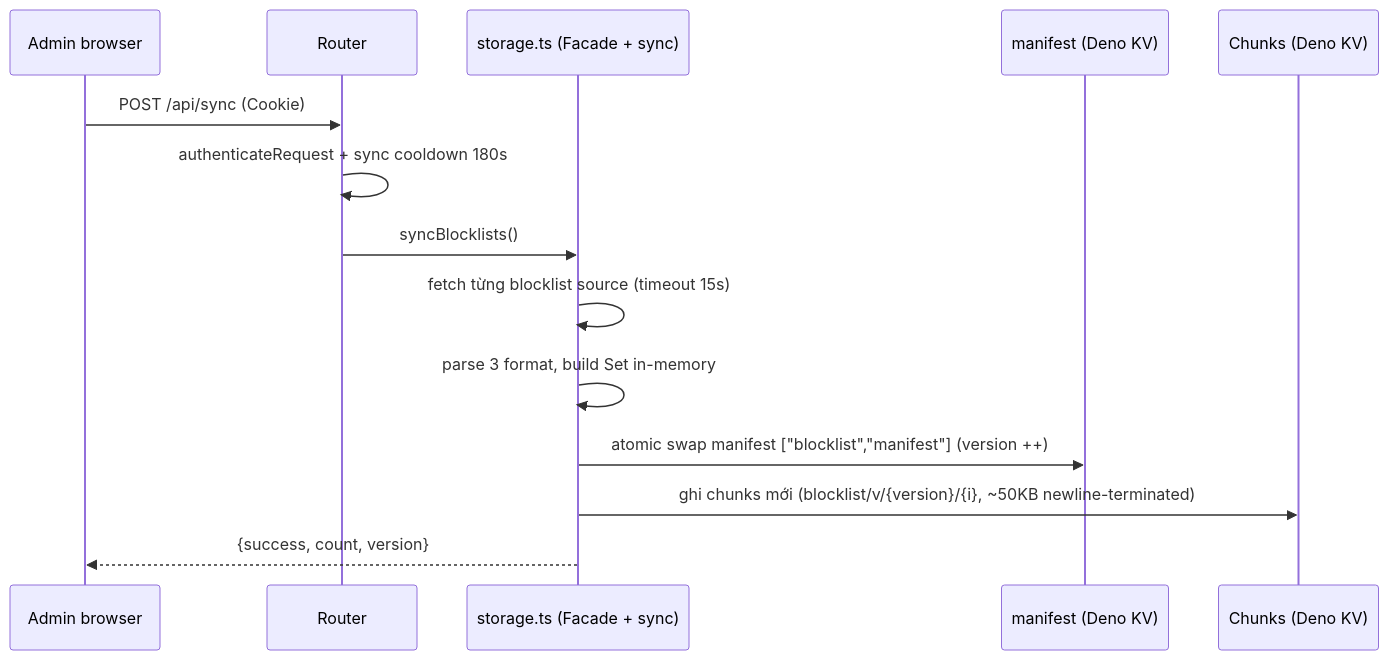
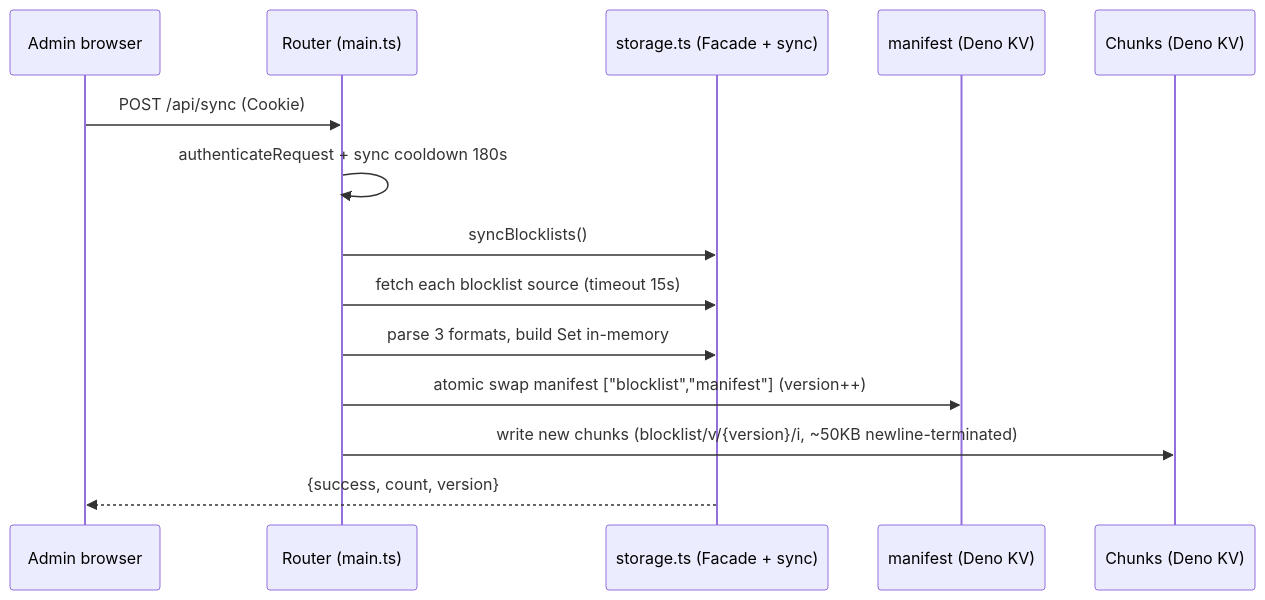
The fifth of 5 diagrams in docs/ARCHITECTURE.md (annguyen0/deno-dns), drawn with Mermaid before and after one commit. The commit also changed other lines of this file and 5 other files, not shown here.

````diff
--- a/docs/ARCHITECTURE.md
+++ b/docs/ARCHITECTURE.md
@@ -152,16 +136,16 @@
 ```mermaid
 sequenceDiagram
     participant A as Admin browser
-    participant R as Router
+    participant R as Router (main.ts)
     participant S as storage.ts (Facade + sync)
     participant M as manifest (Deno KV)
     participant C as Chunks (Deno KV)
     A->>R: POST /api/sync (Cookie)
     R->>R: authenticateRequest + sync cooldown 180s
     R->>S: syncBlocklists()
-    S->>S: fetch từng blocklist source (timeout 15s)
-    S->>S: parse 3 format, build Set in-memory
-    S->>M: atomic swap manifest ["blocklist","manifest"] (version ++)
-    S->>C: ghi chunks mới (blocklist/v/{version}/{i}, ~50KB newline-terminated)
+    R->>S: fetch each blocklist source (timeout 15s)
+    R->>S: parse 3 formats, build Set in-memory
+    R->>M: atomic swap manifest ["blocklist","manifest"] (version++)
+    R->>C: write new chunks (blocklist/v/{version}/i, ~50KB newline-terminated)
     S-->>A: {success, count, version}
 ```
````
